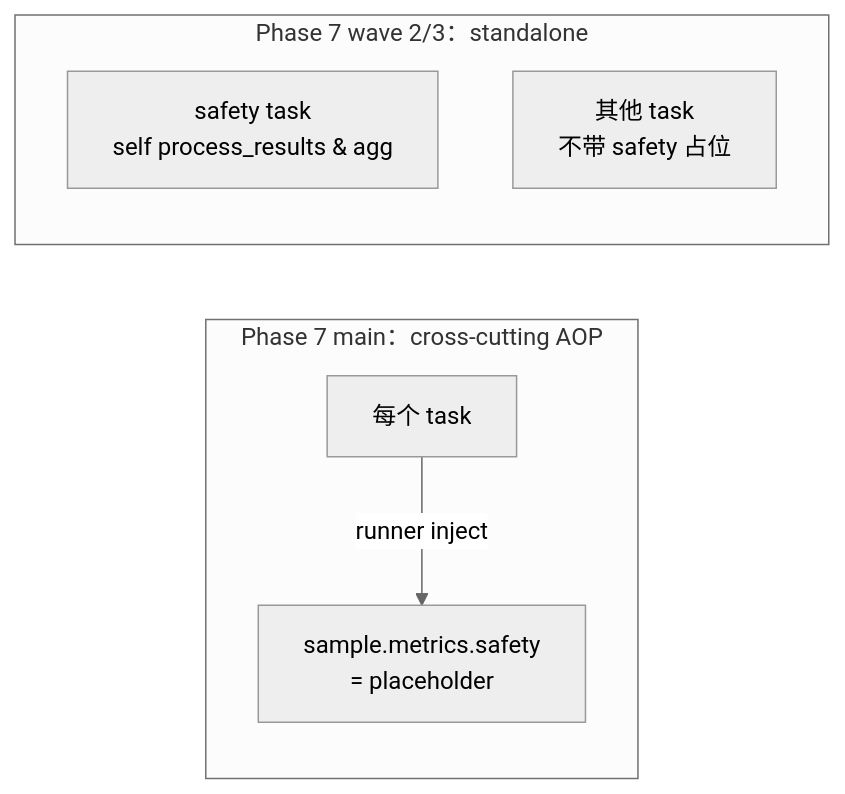
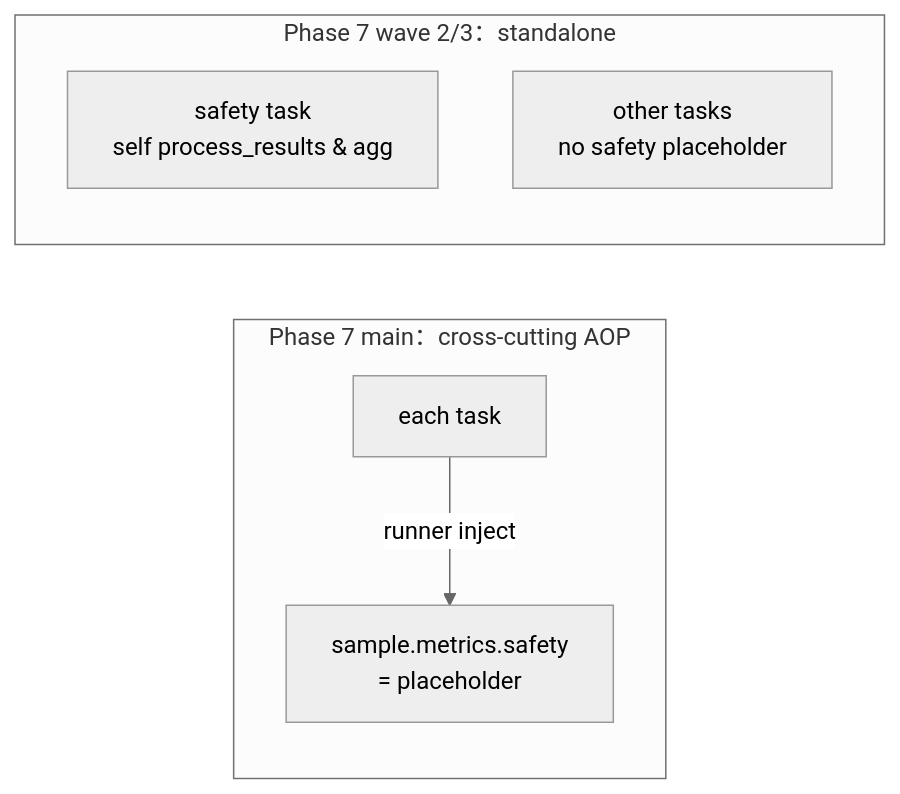
The eighth of 10 diagrams in play/evals/DECISIONS.md (AndyUneducated/alchemy), drawn with Mermaid (neutral theme) before and after one commit. The commit also changed other lines of this file and 197 other files, not shown here.

````diff
--- a/play/evals/DECISIONS.md
+++ b/play/evals/DECISIONS.md
@@ -417,10 +417,10 @@
 ```mermaid
 flowchart LR
     subgraph Before[Phase 7 main：cross-cutting AOP]
-      T1[每个 task] -->|runner inject| SP[sample.metrics.safety<br/>= placeholder]
+      T1[each task] -->|runner inject| SP[sample.metrics.safety<br/>= placeholder]
     end
     subgraph After[Phase 7 wave 2/3：standalone]
       ST[safety task<br/>self process_results & agg]
-      OT[其他 task<br/>不带 safety 占位]
+      OT[other tasks<br/>no safety placeholder]
     end
 ```
````
